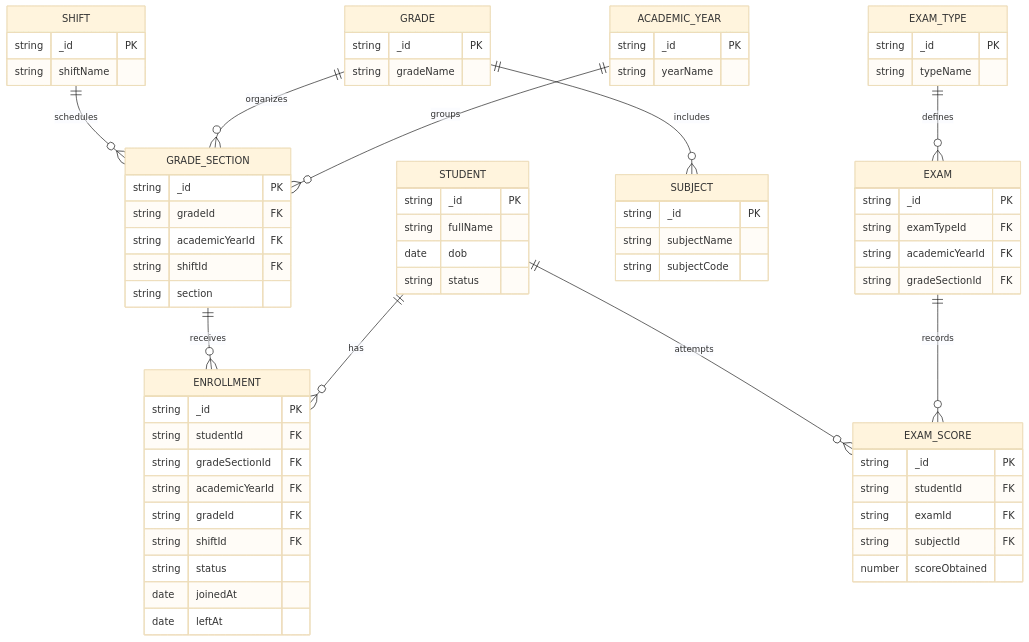
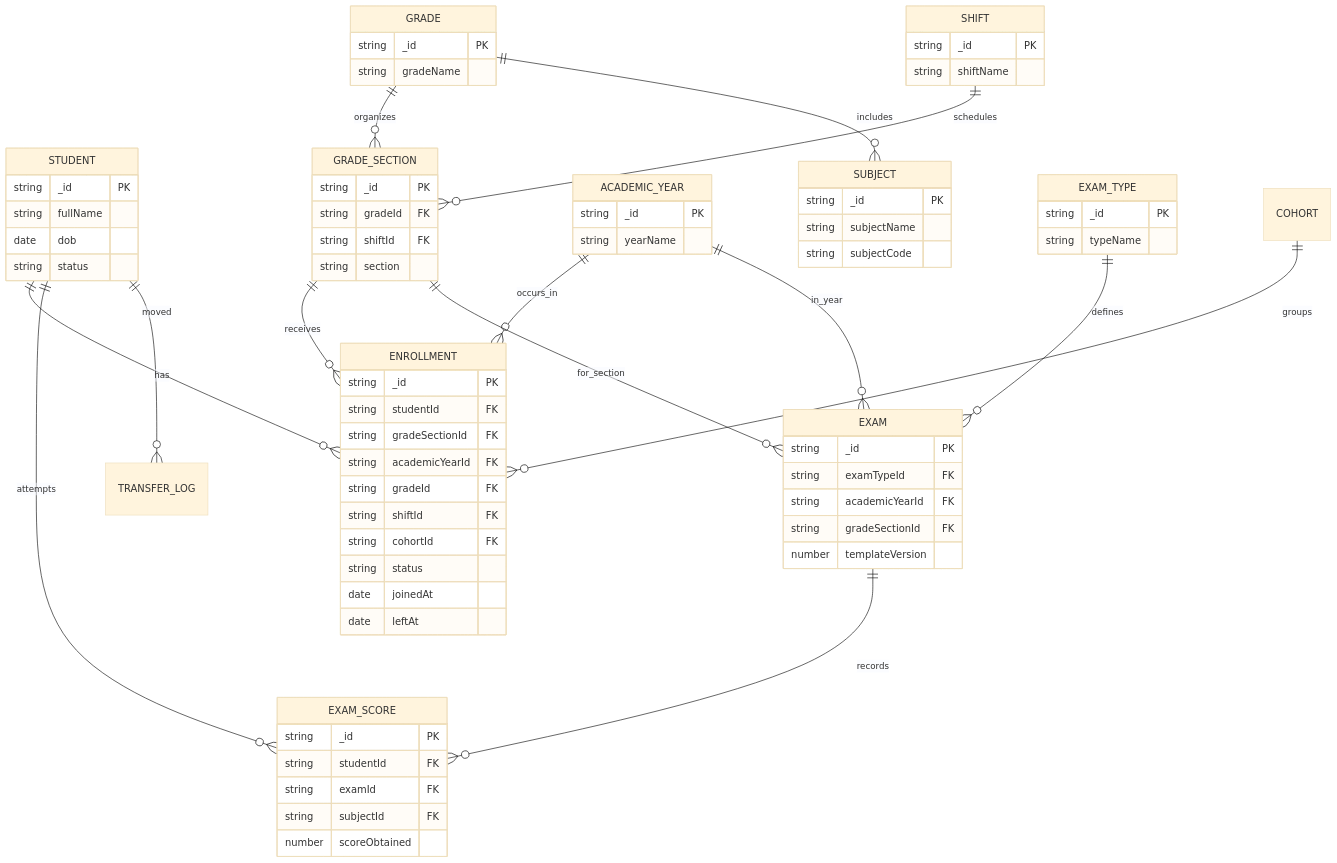
One commit to khays62/nuuru-al-bayaan changed the second of 6 diagrams in docs/DIAGRAMS.md. Above: the diagram before and after it, drawn with Mermaid (base theme). The commit also changed other lines of this file and 2 other files, not shown here.

Commit message:
docs: update diagrams/data models/architecture

````diff
--- a/docs/DIAGRAMS.md
+++ b/docs/DIAGRAMS.md
@@ -44,71 +54,76 @@
 ```mermaid
 erDiagram
   STUDENT ||--o{ ENROLLMENT : has
   GRADE_SECTION ||--o{ ENROLLMENT : receives
-  ACADEMIC_YEAR ||--o{ GRADE_SECTION : groups
+  ACADEMIC_YEAR ||--o{ ENROLLMENT : occurs_in
   GRADE ||--o{ GRADE_SECTION : organizes
   SHIFT ||--o{ GRADE_SECTION : schedules
   GRADE ||--o{ SUBJECT : includes
   EXAM_TYPE ||--o{ EXAM : defines
+  ACADEMIC_YEAR ||--o{ EXAM : in_year
+  GRADE_SECTION ||--o{ EXAM : for_section
   EXAM ||--o{ EXAM_SCORE : records
   STUDENT ||--o{ EXAM_SCORE : attempts
+  COHORT ||--o{ ENROLLMENT : groups
+  STUDENT ||--o{ TRANSFER_LOG : moved
 
   STUDENT {
     string _id PK
     string fullName
     date dob
     string status
   }
   ENROLLMENT {
     string _id PK
     string studentId FK
     string gradeSectionId FK
     string academicYearId FK
     string gradeId FK
     string shiftId FK
+    string cohortId FK
     string status
     date joinedAt
     date leftAt
   }
   GRADE_SECTION {
     string _id PK
     string gradeId FK
-    string academicYearId FK
     string shiftId FK
     string section
   }
   SUBJECT {
     string _id PK
     string subjectName
     string subjectCode
   }
   GRADE {
     string _id PK
     string gradeName
   }
   ACADEMIC_YEAR {
     string _id PK
     string yearName
   }
   SHIFT {
     string _id PK
     string shiftName
   }
   EXAM_TYPE {
     string _id PK
     string typeName
   }
   EXAM {
     string _id PK
     string examTypeId FK
     string academicYearId FK
     string gradeSectionId FK
+    number templateVersion
   }
   EXAM_SCORE {
     string _id PK
     string studentId FK
     string examId FK
     string subjectId FK
     number scoreObtained
   }
 ```
````
